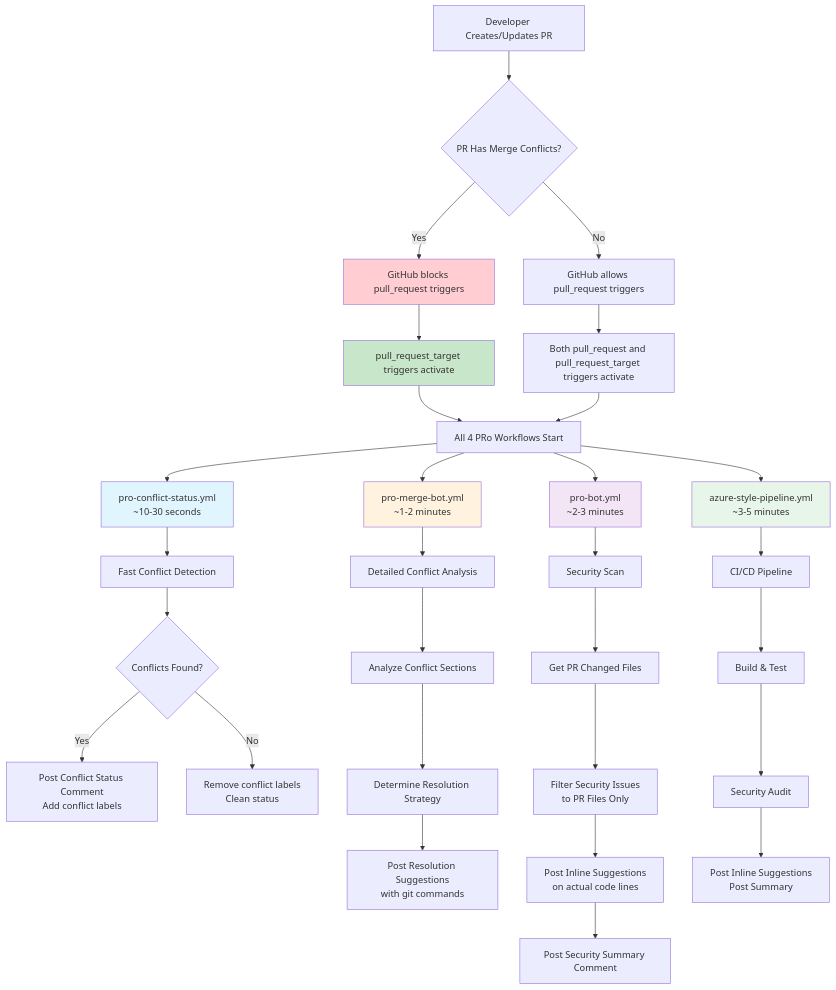
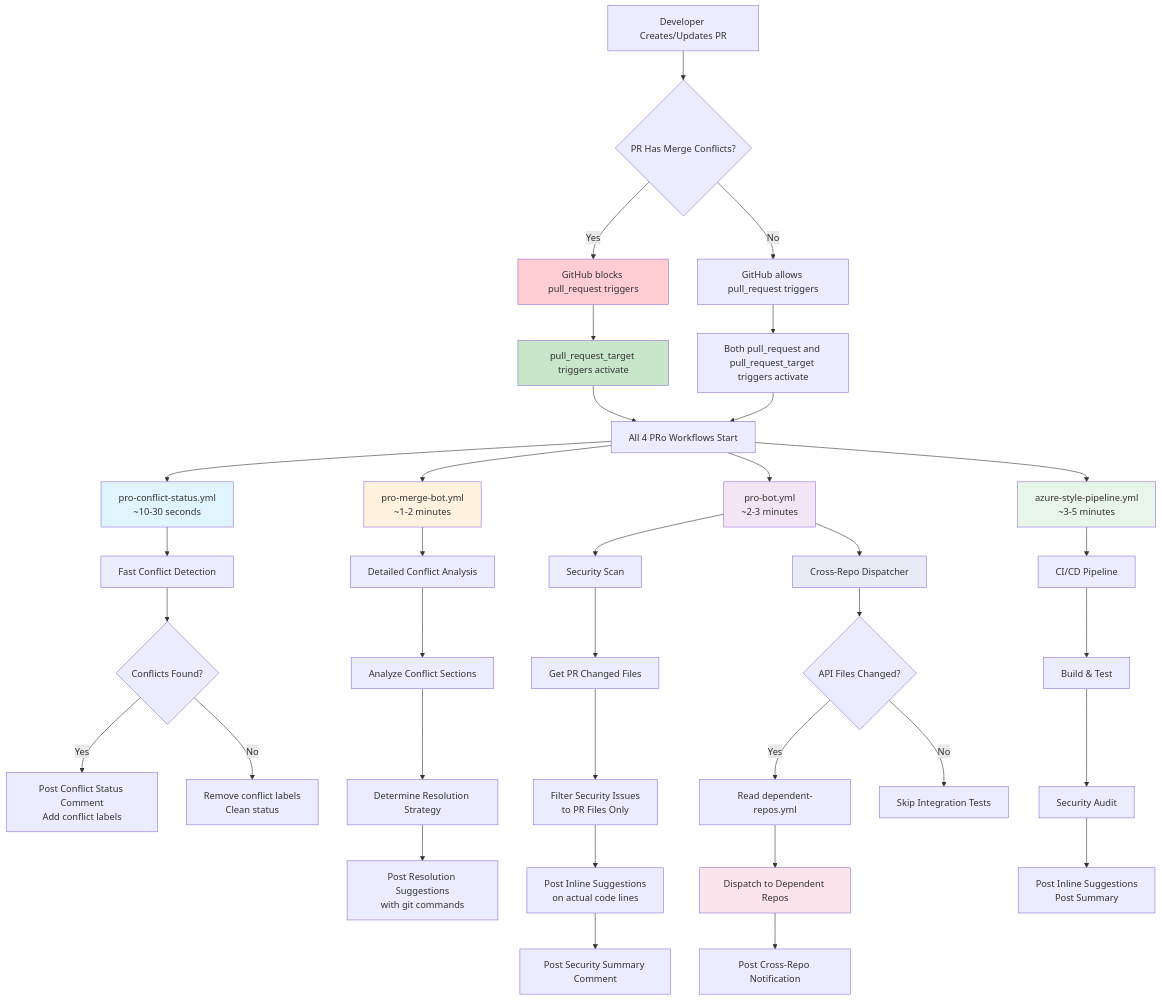
Before and after one commit to Balajeeiyer/MockAI: the first of 4 diagrams in docs/PRO_WORKFLOW_ARCHITECTURE.md, drawn with Mermaid. The commit also changed other lines of this file and 1 other file, not shown here.

````diff
--- a/docs/PRO_WORKFLOW_ARCHITECTURE.md
+++ b/docs/PRO_WORKFLOW_ARCHITECTURE.md
@@ -11,47 +13,56 @@
 ```mermaid
 graph TD
     A[Developer Creates/Updates PR] --> B{PR Has Merge Conflicts?}
     
     B -->|Yes| C[GitHub blocks pull_request triggers]
     B -->|No| D[GitHub allows pull_request triggers]
     
     C --> E[pull_request_target triggers activate]
     D --> F[Both pull_request and pull_request_target triggers activate]
     
     E --> G[All 4 PRo Workflows Start]
     F --> G
     
     G --> H[pro-conflict-status.yml<br/>~10-30 seconds]
     G --> I[pro-merge-bot.yml<br/>~1-2 minutes]
     G --> J[pro-bot.yml<br/>~2-3 minutes]
     G --> K[azure-style-pipeline.yml<br/>~3-5 minutes]
     
     H --> L[Fast Conflict Detection]
     I --> M[Detailed Conflict Analysis]
     J --> N[Security Scan]
+    J --> N1[Cross-Repo Dispatcher]
     K --> O[CI/CD Pipeline]
     
     L --> P{Conflicts Found?}
     P -->|Yes| Q[Post Conflict Status Comment<br/>Add conflict labels]
     P -->|No| R[Remove conflict labels<br/>Clean status]
     
     M --> S[Analyze Conflict Sections]
     S --> T[Determine Resolution Strategy]
     T --> U[Post Resolution Suggestions<br/>with git commands]
     
     N --> V[Get PR Changed Files]
     V --> W[Filter Security Issues<br/>to PR Files Only]
     W --> X[Post Inline Suggestions<br/>on actual code lines]
     X --> Y[Post Security Summary Comment]
     
+    N1 --> V1{API Files Changed?}
+    V1 -->|Yes| W1[Read dependent-repos.yml]
+    V1 -->|No| X1[Skip Integration Tests]
+    W1 --> Y1[Dispatch to Dependent Repos]
+    Y1 --> Z1[Post Cross-Repo Notification]
+    
     O --> Z[Build & Test]
     Z --> AA[Security Audit]
     AA --> AB[Post Inline Suggestions<br/>Post Summary]
     
     style H fill:#e1f5fe
     style I fill:#fff3e0
     style J fill:#f3e5f5
+    style N1 fill:#e8eaf6
     style K fill:#e8f5e9
     style C fill:#ffcdd2
     style E fill:#c8e6c9
+    style Y1 fill:#fce4ec
 ```
````
